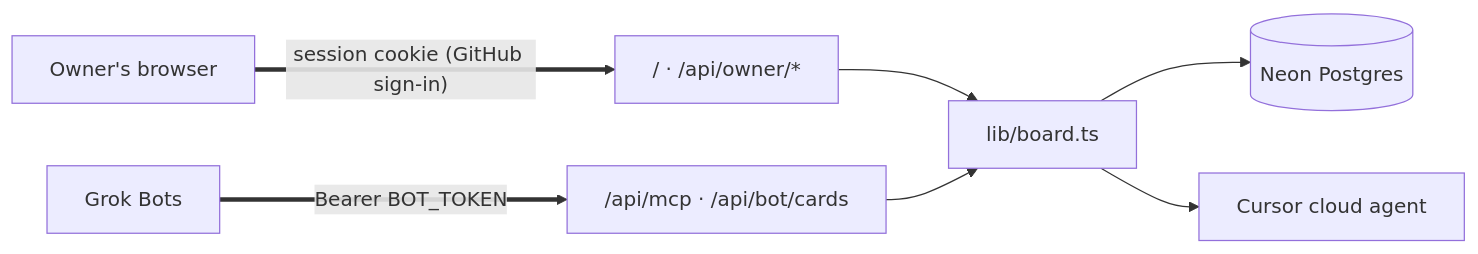
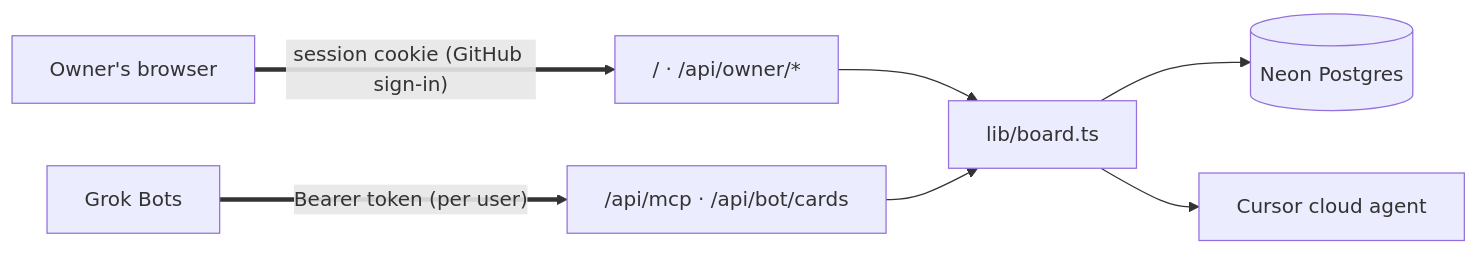
The diagram in README.md (s-hiraoku/grokbot-kanban), drawn with Mermaid before and after one commit. The commit also changed other lines of this file and 36 other files, not shown here.

First line of the commit message:
Give each user a board of their own, with connector tokens per user (#24)

````diff
--- a/README.md
+++ b/README.md
@@ -11,9 +11,9 @@
 ```mermaid
 flowchart LR
     browser["Owner's browser"] == "session cookie (GitHub sign-in)" ==> owner["/ · /api/owner/*"]
-    bots["Grok Bots"] == "Bearer BOT_TOKEN" ==> bot["/api/mcp · /api/bot/cards"]
+    bots["Grok Bots"] == "Bearer token (per user)" ==> bot["/api/mcp · /api/bot/cards"]
     owner --> board["lib/board.ts"]
     bot --> board
     board --> neon[("Neon Postgres")]
     board --> cursor["Cursor cloud agent"]
 ```
````
